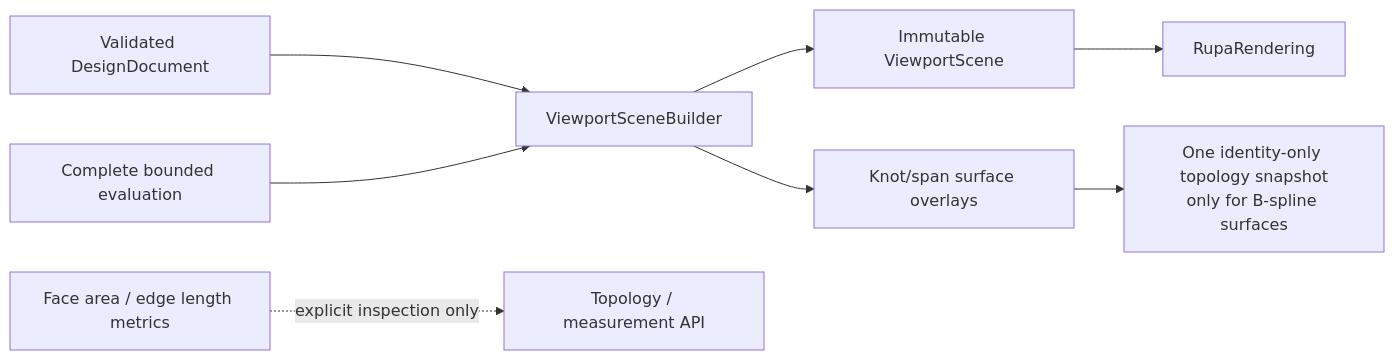
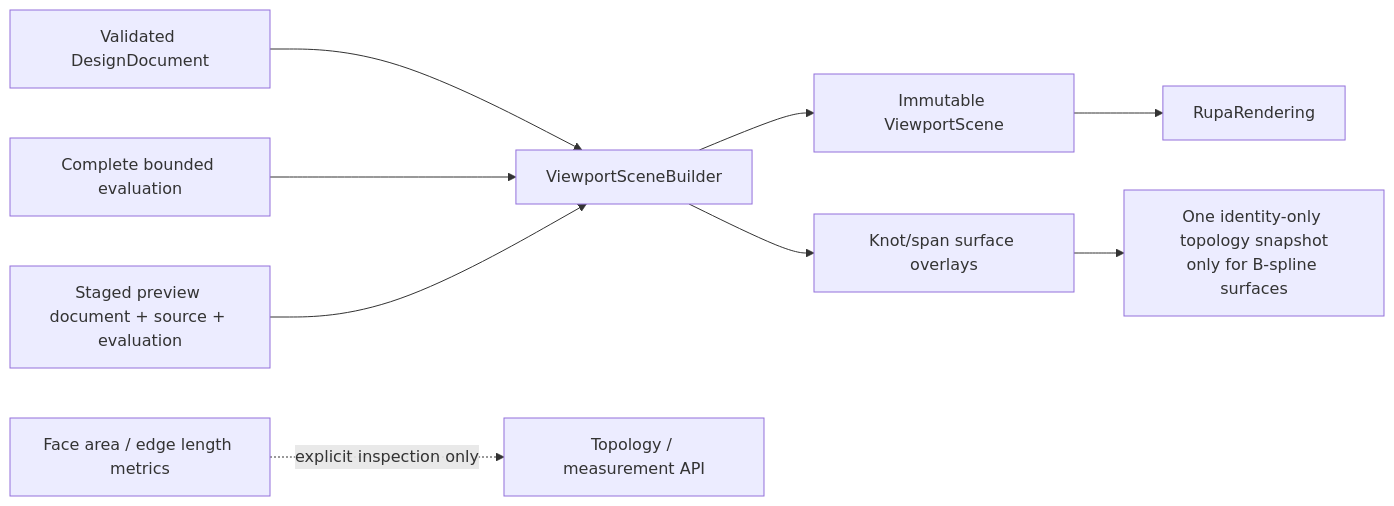
The first of 2 diagrams in RupaKit/Sources/RupaViewportScene/DESIGN.md (1amageek/Rupa), drawn with Mermaid before and after one commit. The commit also changed other lines of this file and 40 other files, not shown here.

````diff
--- a/RupaKit/Sources/RupaViewportScene/DESIGN.md
+++ b/RupaKit/Sources/RupaViewportScene/DESIGN.md
@@ -45,10 +46,11 @@
 ```mermaid
 flowchart LR
     Source["Validated DesignDocument"] --> Builder["ViewportSceneBuilder"]
     Evaluation["Complete bounded evaluation"] --> Builder
+    Preview["Staged preview document + source + evaluation"] --> Builder
     Builder --> Scene["Immutable ViewportScene"]
     Builder --> Overlay["Knot/span surface overlays"]
     Overlay --> Identity["One identity-only topology snapshot\nonly for B-spline surfaces"]
     Scene --> Rendering["RupaRendering"]
     Metrics["Face area / edge length metrics"] -. "explicit inspection only" .-> Inspection["Topology / measurement API"]
 ```
````
